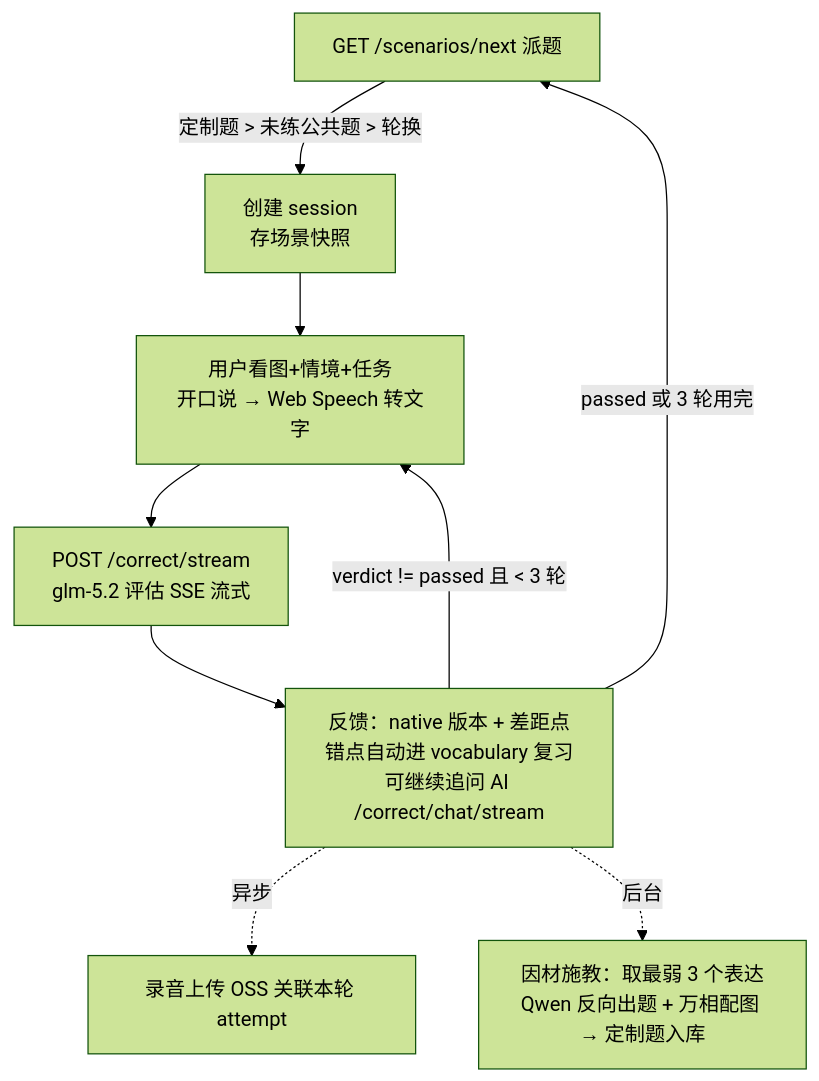
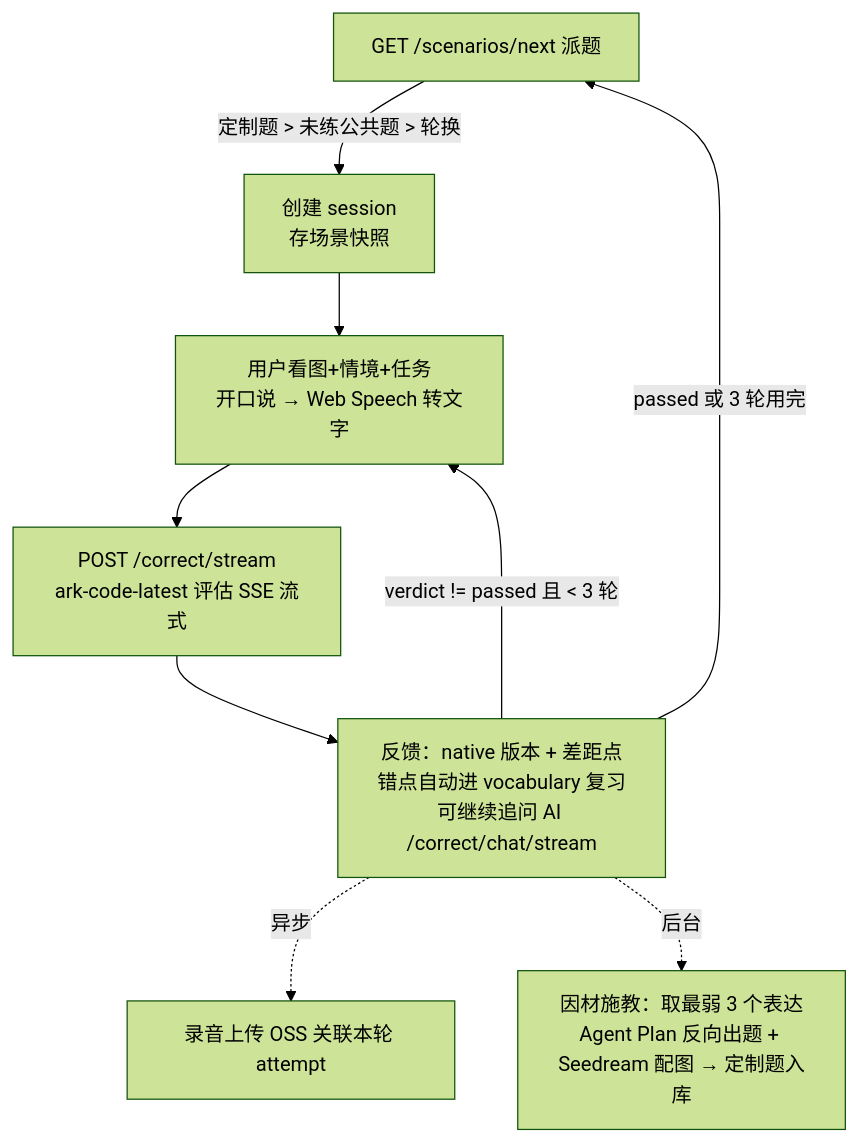
The diagram in docs/design/scenario-mode.md (makewheels/speakup), drawn with Mermaid (forest theme) before and after one commit. The commit also changed other lines of this file and 18 other files, not shown here.

Commit message:
feat: switch media providers to agent plan

````diff
--- a/docs/design/scenario-mode.md
+++ b/docs/design/scenario-mode.md
@@ -7,11 +7,11 @@
 ```mermaid
 flowchart TD
     A[GET /scenarios/next 派题] -->|定制题 > 未练公共题 > 轮换| B[创建 session<br/>存场景快照]
     B --> C[用户看图+情境+任务<br/>开口说 → Web Speech 转文字]
-    C --> D[POST /correct/stream<br/>glm-5.2 评估 SSE 流式]
+    C --> D[POST /correct/stream<br/>ark-code-latest 评估 SSE 流式]
     D --> E[反馈：native 版本 + 差距点<br/>错点自动进 vocabulary 复习<br/>可继续追问 AI /correct/chat/stream]
     E -->|verdict != passed 且 < 3 轮| C
     E -->|passed 或 3 轮用完| A
     E -.异步.-> F[录音上传 OSS 关联本轮 attempt]
-    E -.后台.-> G[因材施教：取最弱 3 个表达<br/>Qwen 反向出题 + 万相配图 → 定制题入库]
+    E -.后台.-> G[因材施教：取最弱 3 个表达<br/>Agent Plan 反向出题 + Seedream 配图 → 定制题入库]
 ```
````
